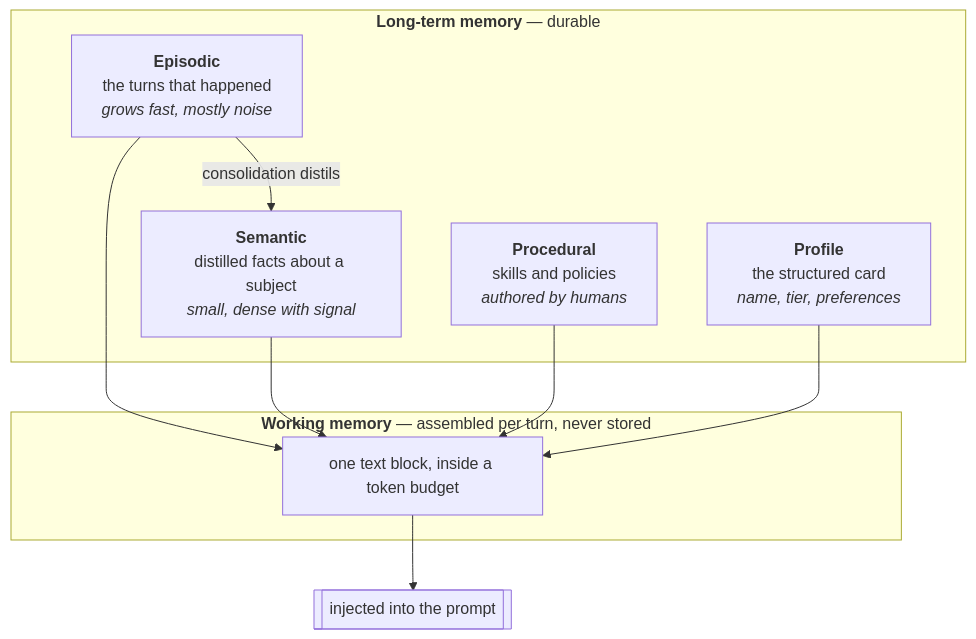
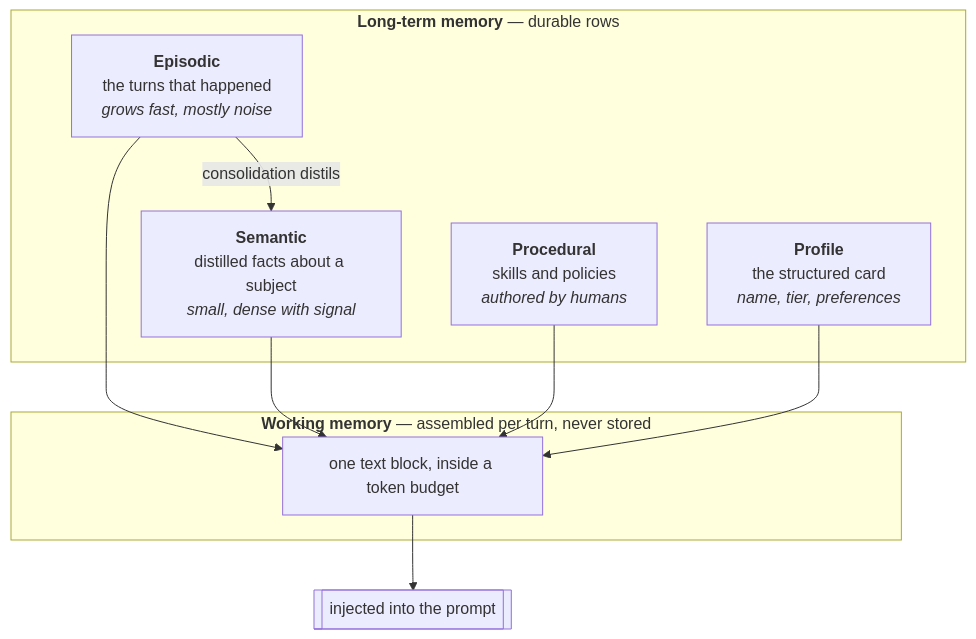
The first of 5 diagrams in docs/teaching/memory/40-diagrams.md (yrevash/aegis), drawn with Mermaid before and after one commit. The commit also changed other lines of this file and 111 other files, not shown here.

````diff
--- a/docs/teaching/memory/40-diagrams.md
+++ b/docs/teaching/memory/40-diagrams.md
@@ -10,21 +15,22 @@
 ```mermaid
 flowchart TB
-    subgraph WM["<b>Working memory</b> — assembled per turn, never stored"]
-        W["one text block, inside a token budget"]
-    end
-
-    subgraph LT["<b>Long-term memory</b> — durable"]
+    subgraph LT["<b>Long-term memory</b> — durable rows"]
         EP["<b>Episodic</b><br/>the turns that happened<br/><i>grows fast, mostly noise</i>"]
         SE["<b>Semantic</b><br/>distilled facts about a subject<br/><i>small, dense with signal</i>"]
         PR["<b>Procedural</b><br/>skills and policies<br/><i>authored by humans</i>"]
         PF["<b>Profile</b><br/>the structured card<br/><i>name, tier, preferences</i>"]
     end
 
-    EP -->|consolidation distils| SE
+    EP -->|"consolidation distils"| SE
+
     EP --> W
     SE --> W
     PR --> W
     PF --> W
 
+    subgraph WM["<b>Working memory</b> — assembled per turn, never stored"]
+        W["one text block, inside a token budget"]
+    end
+
     W --> P[["injected into the prompt"]]
 ```
````
